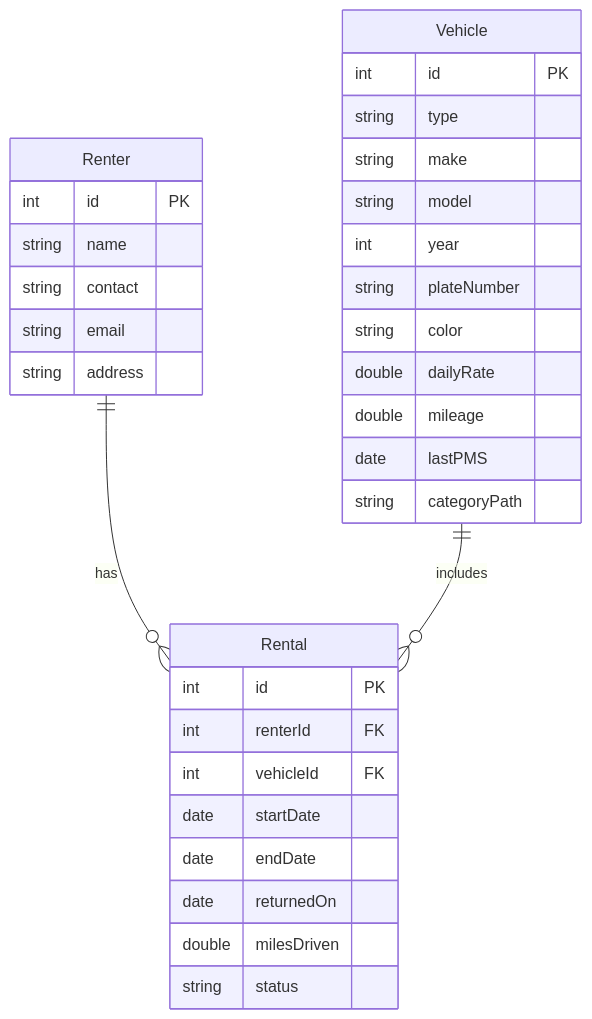
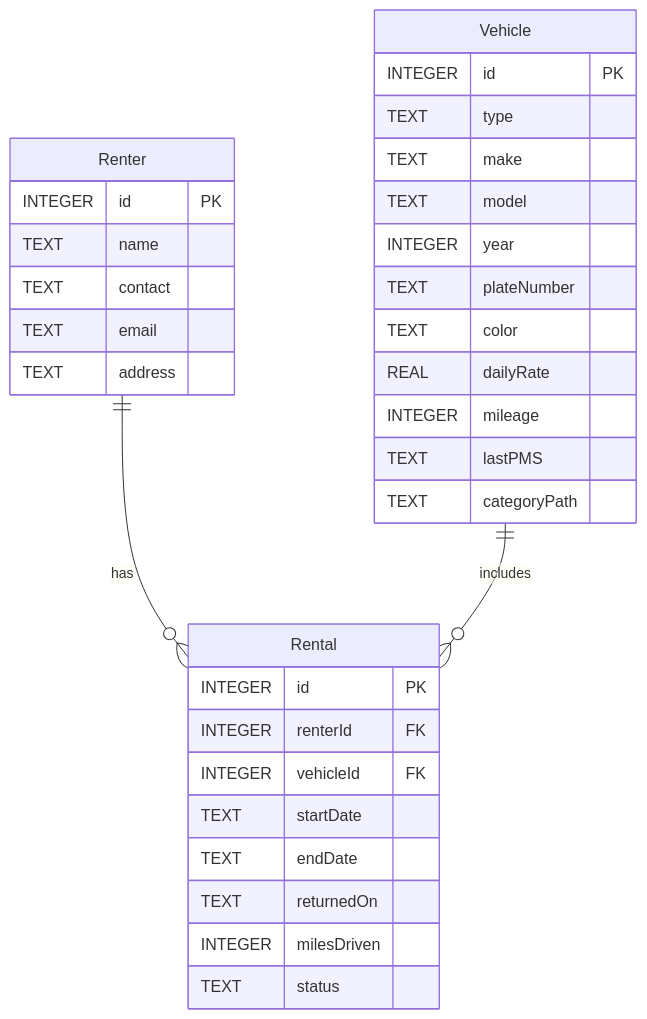
One commit to ColoscosBrent/cpe314-69323-capstone-team-04 changed the diagram in docs/design-document.md. Above: the diagram before and after it, drawn with Mermaid. The commit also changed other lines of this file, not shown here.

````diff
--- a/docs/design-document.md
+++ b/docs/design-document.md
@@ -86,38 +41,38 @@
 ```mermaid
 erDiagram
     Renter ||--o{ Rental : has
     Vehicle ||--o{ Rental : includes
 
     Renter {
-        int id PK
-        string name
-        string contact
-        string email
-        string address
+        INTEGER id PK
+        TEXT name
+        TEXT contact
+        TEXT email
+        TEXT address
     }
 
     Rental {
-        int id PK
-        int renterId FK
-        int vehicleId FK
-        date startDate
-        date endDate
-        date returnedOn
-        double milesDriven
-        string status
+        INTEGER id PK
+        INTEGER renterId FK
+        INTEGER vehicleId FK
+        TEXT startDate
+        TEXT endDate
+        TEXT returnedOn
+        INTEGER milesDriven
+        TEXT status
     }
 
     Vehicle {
-        int id PK
-        string type
-        string make
-        string model
-        int year
-        string plateNumber
-        string color
-        double dailyRate
-        double mileage
-        date lastPMS
-        string categoryPath
+        INTEGER id PK
+        TEXT type
+        TEXT make
+        TEXT model
+        INTEGER year
+        TEXT plateNumber
+        TEXT color
+        REAL dailyRate
+        INTEGER mileage
+        TEXT lastPMS
+        TEXT categoryPath
     }
 ```
````
